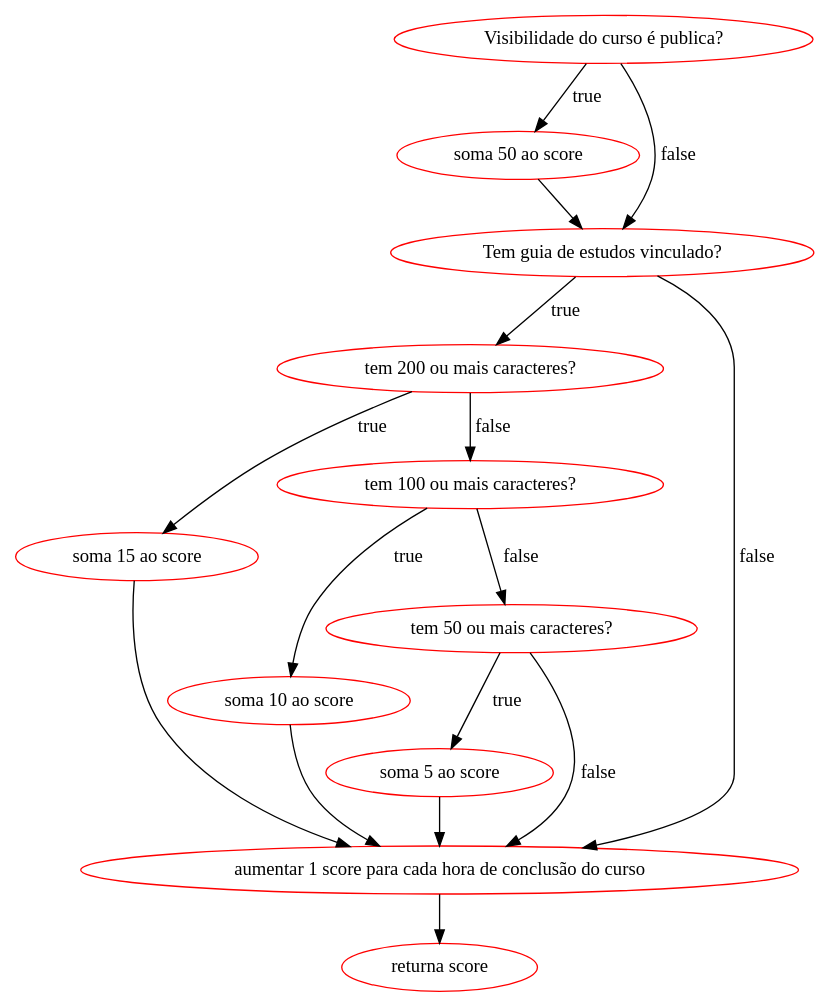
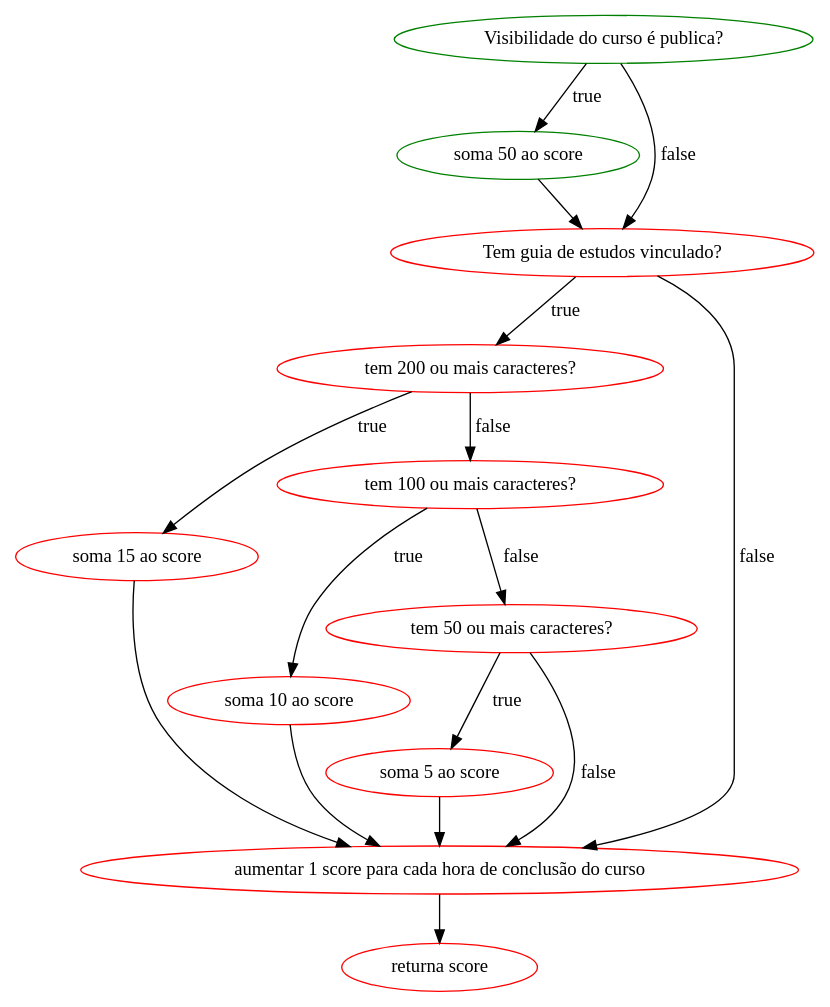
Before and after one commit to mariasantosdev/harbitech: the diagram in course-calculatePopularityScore.dot, drawn with Graphviz. The commit also changed 2 other files, not shown here.

```diff
--- a/course-calculatePopularityScore.dot
+++ b/course-calculatePopularityScore.dot
@@ -1,30 +1,29 @@
 digraph G {
-node [shape=ellipse, color=red, fillcolor=white, style=solid];
-node2 [label="Visibilidade do curso é publica?"];
-node3 [label="soma 50 ao score"];
-node4 [label="Tem guia de estudos vinculado?"];
-node6 [label="tem 200 ou mais caracteres?"];
-node7 [label="soma 15 ao score"];
-node8 [label="tem 100 ou mais caracteres?"];
-node9 [label="soma 10 ao score"];
-node10 [label="tem 50 ou mais caracteres?"];
-node11 [label="soma 5 ao score"];
-node12 [label="aumentar 1 score para cada hora de conclusão do curso"];
-node13 [label="returna score"];
+node2 [label="Visibilidade do curso é publica?", shape=ellipse, color=green, fillcolor=white, style=solid];
+node3 [label="soma 50 ao score", shape=ellipse, color=green, fillcolor=white, style=solid];
+node4 [label="Tem guia de estudos vinculado?", shape=ellipse, color=red, fillcolor=white, style=solid];
+node6 [label="tem 200 ou mais caracteres?", shape=ellipse, color=red, fillcolor=white, style=solid];
+node7 [label="soma 15 ao score", shape=ellipse, color=red, fillcolor=white, style=solid];
+node8 [label="tem 100 ou mais caracteres?", shape=ellipse, color=red, fillcolor=white, style=solid];
+node9 [label="soma 10 ao score", shape=ellipse, color=red, fillcolor=white, style=solid];
+node10 [label="tem 50 ou mais caracteres?", shape=ellipse, color=red, fillcolor=white, style=solid];
+node11 [label="soma 5 ao score", shape=ellipse, color=red, fillcolor=white, style=solid];
+node12 [label="aumentar 1 score para cada hora de conclusão do curso", shape=ellipse, color=red, fillcolor=white, style=solid];
+node13 [label="returna score", shape=ellipse, color=red, fillcolor=white, style=solid];
 
 node2 -> node3 [label="true"];
 node3 -> node4;
 node2 -> node4 [label="false"];
 node4 -> node6 [label="true"];
 node6 -> node7 [label="true"];
 node6 -> node8 [label="false"];
 node7 -> node12;
 node8 -> node9 [label="true"];
 node9 -> node12;
 node8 -> node10 [label="false"];
 node10 -> node11 [label="true"];
 node10 -> node12 [label="false"];
 node11 -> node12;
 node4 -> node12 [label="false"];
 node12 -> node13;
 }
```
